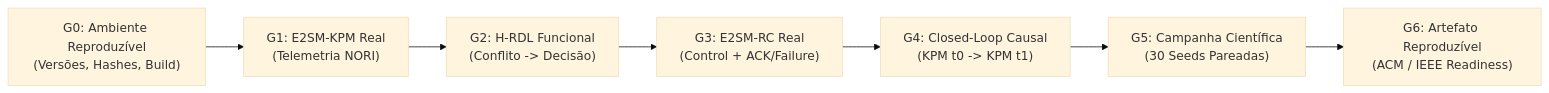
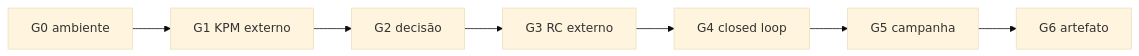
One commit to georgebarbosa3090/XApp-RDL-F1 changed the diagram in docs/compliance/ORAN_TRACEABILITY_MATRIX.md. Above: the diagram before and after it, drawn with Mermaid (base theme). The commit also changed other lines of this file and 41 other files, not shown here.

````diff
--- a/docs/compliance/ORAN_TRACEABILITY_MATRIX.md
+++ b/docs/compliance/ORAN_TRACEABILITY_MATRIX.md
@@ -29,9 +24,4 @@
 ```mermaid
 flowchart LR
-    G0["G0: Ambiente Reproduzível<br/>(Versões, Hashes, Build)"] --> G1["G1: E2SM-KPM Real<br/>(Telemetria NORI)"]
-    G1 --> G2["G2: H-RDL Funcional<br/>(Conflito -> Decisão)"]
-    G2 --> G3["G3: E2SM-RC Real<br/>(Control + ACK/Failure)"]
-    G3 --> G4["G4: Closed-Loop Causal<br/>(KPM t0 -> KPM t1)"]
-    G4 --> G5["G5: Campanha Científica<br/>(30 Seeds Pareadas)"]
-    G5 --> G6["G6: Artefato Reproduzível<br/>(ACM / IEEE Readiness)"]
+    G0["G0 ambiente"] --> G1["G1 KPM externo"] --> G2["G2 decisão"] --> G3["G3 RC externo"] --> G4["G4 closed loop"] --> G5["G5 campanha"] --> G6["G6 artefato"]
 ```
````
